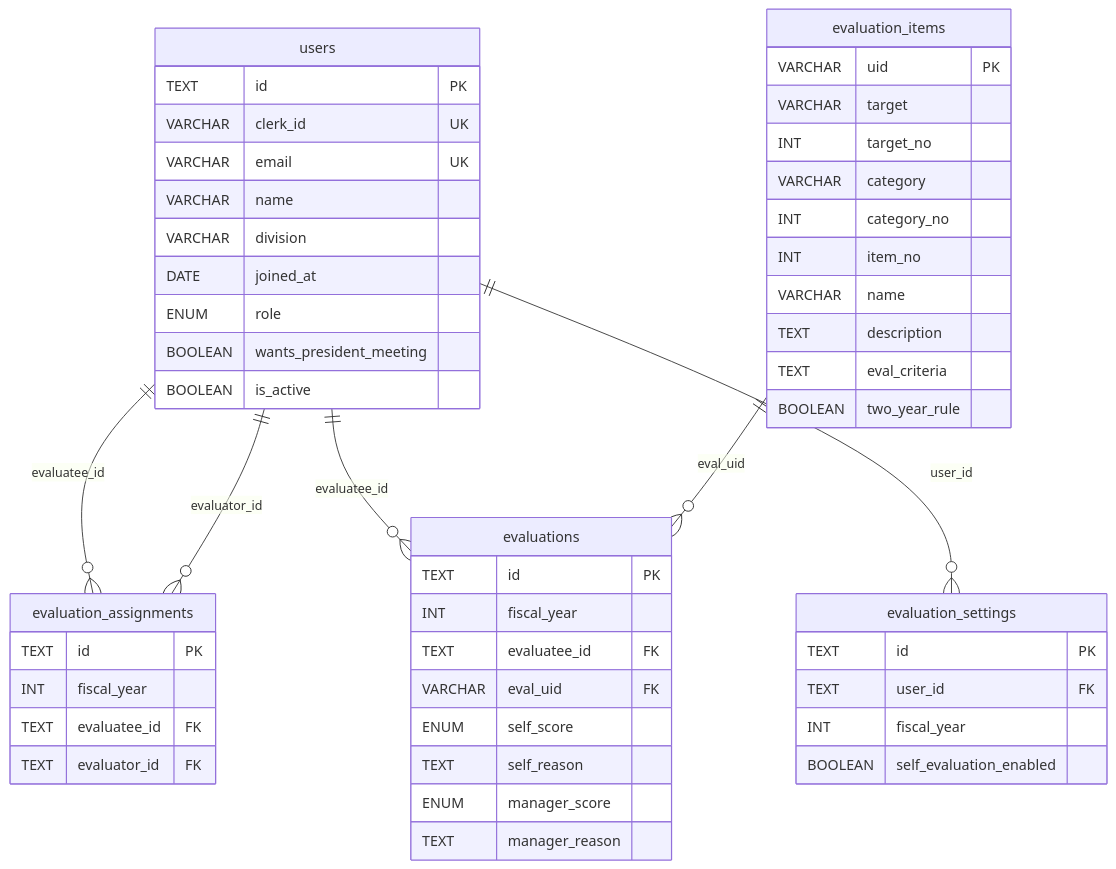
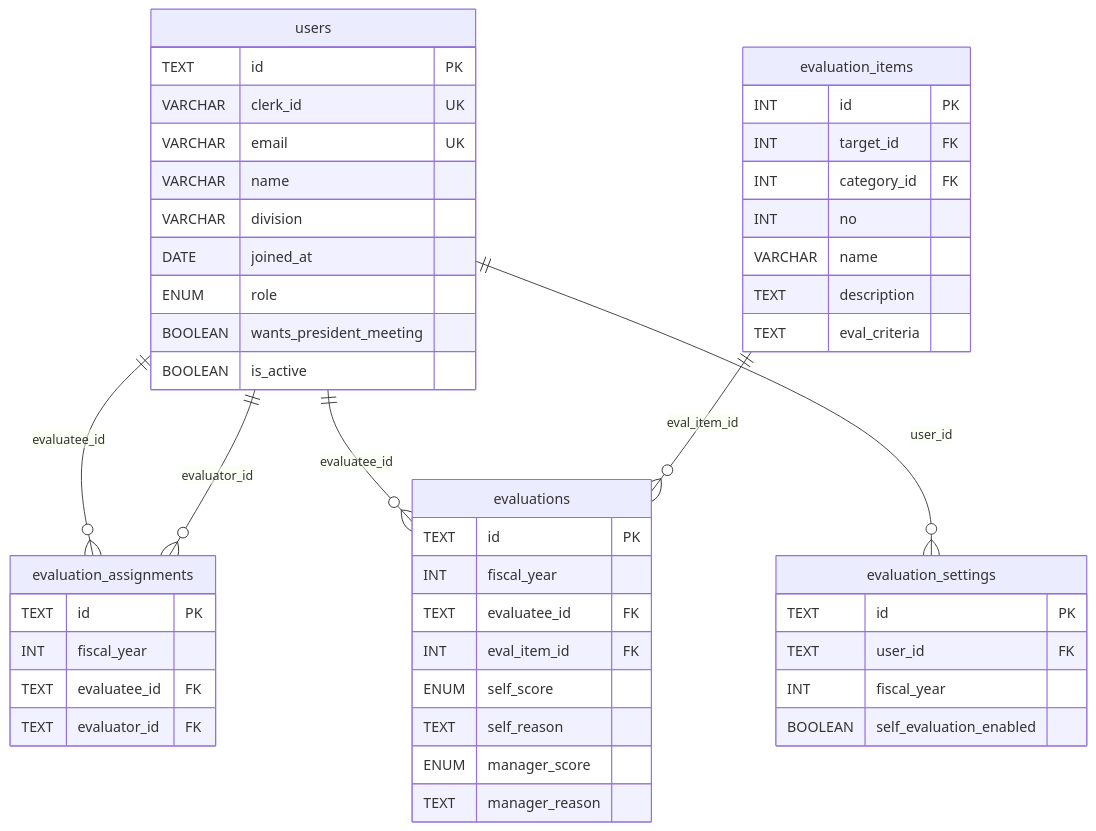
The diagram in docs/schema.md (ot-nemoto/eval-hub), drawn with Mermaid before and after one commit. The commit also changed other lines of this file and 14 other files, not shown here.

````diff
--- a/docs/schema.md
+++ b/docs/schema.md
@@ -32,55 +32,52 @@
 ```mermaid
 erDiagram
     users {
         TEXT id PK
         VARCHAR clerk_id UK
         VARCHAR email UK
         VARCHAR name
         VARCHAR division
         DATE joined_at
         ENUM role
         BOOLEAN wants_president_meeting
         BOOLEAN is_active
     }
     evaluation_assignments {
         TEXT id PK
         INT fiscal_year
         TEXT evaluatee_id FK
         TEXT evaluator_id FK
     }
     evaluation_items {
-        VARCHAR uid PK
-        VARCHAR target
-        INT target_no
-        VARCHAR category
-        INT category_no
-        INT item_no
+        INT id PK
+        INT target_id FK
+        INT category_id FK
+        INT no
         VARCHAR name
         TEXT description
         TEXT eval_criteria
-        BOOLEAN two_year_rule
     }
     evaluations {
         TEXT id PK
         INT fiscal_year
         TEXT evaluatee_id FK
-        VARCHAR eval_uid FK
+        INT eval_item_id FK
         ENUM self_score
         TEXT self_reason
         ENUM manager_score
         TEXT manager_reason
     }
 
     evaluation_settings {
         TEXT id PK
         TEXT user_id FK
         INT fiscal_year
         BOOLEAN self_evaluation_enabled
     }
 
     users ||--o{ evaluation_assignments : "evaluatee_id"
     users ||--o{ evaluation_assignments : "evaluator_id"
     users ||--o{ evaluations : "evaluatee_id"
     users ||--o{ evaluation_settings : "user_id"
-    evaluation_items ||--o{ evaluations : "eval_uid"
+    evaluation_items ||--o{ evaluations : "eval_item_id"
 ```
````
